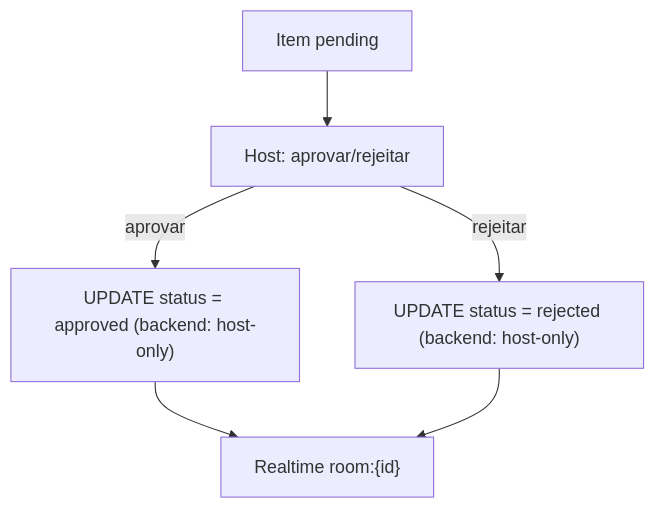
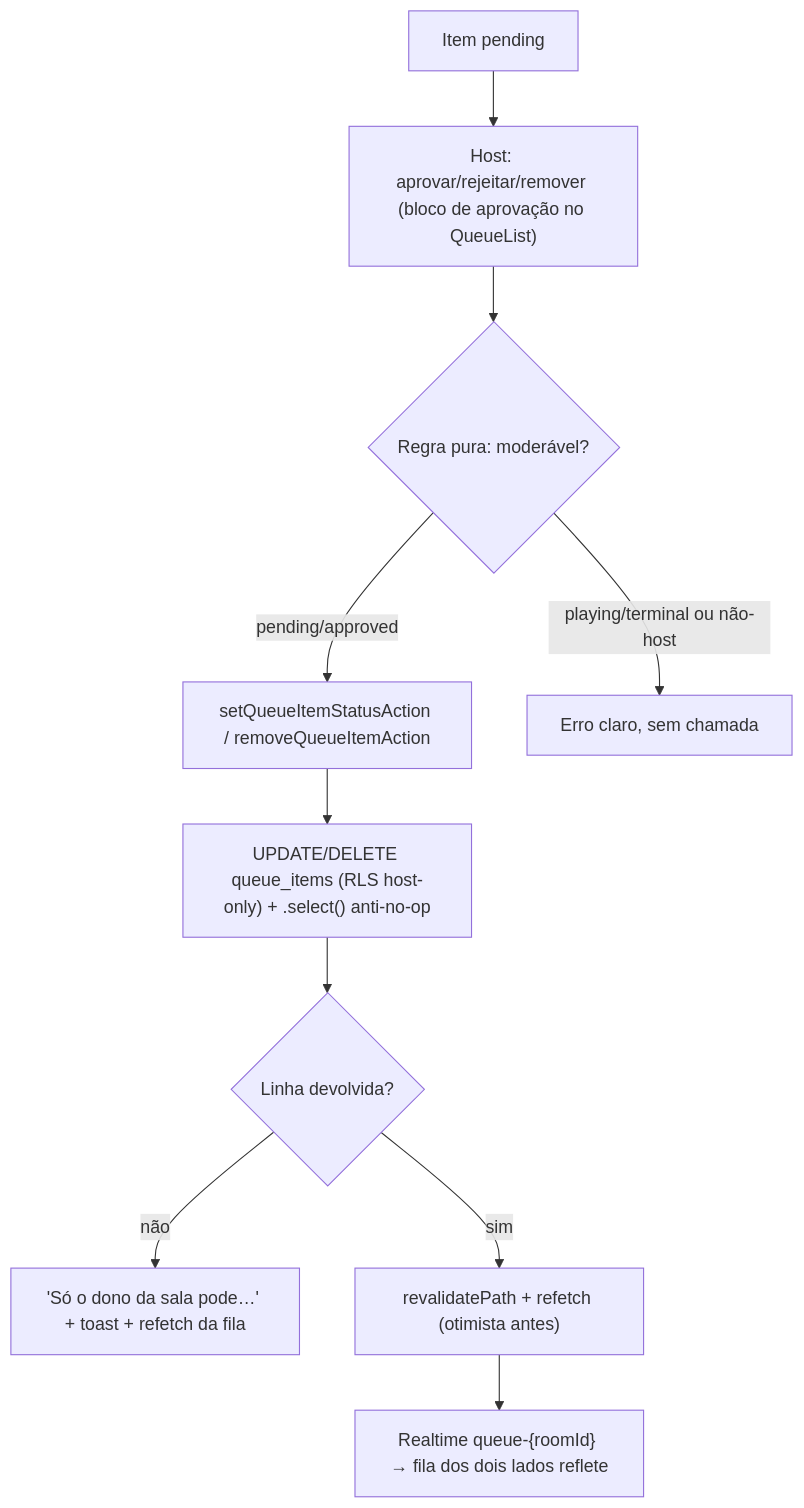
Diagram 13 of 16 in docs/flows/fluxos-do-sistema.md (cavalcanteprofissional/karaoke-flow), drawn with Mermaid before and after one commit. The commit also changed other lines of this file and 14 other files, not shown here.

````diff
--- a/docs/flows/fluxos-do-sistema.md
+++ b/docs/flows/fluxos-do-sistema.md
@@ -293,8 +297,12 @@
 ```mermaid
 flowchart TD
-    A["Item pending"] --> B["Host: aprovar/rejeitar"]
-    B -->|aprovar| C["UPDATE status = approved (backend: host-only)"]
-    B -->|rejeitar| D["UPDATE status = rejected (backend: host-only)"]
-    C --> E["Realtime room:{id}"]
-    D --> E
+    A["Item pending"] --> B["Host: aprovar/rejeitar/remover (bloco de aprovação no QueueList)"]
+    B --> C{"Regra pura: moderável?"}
+    C -->|"pending/approved"| D["setQueueItemStatusAction / removeQueueItemAction"]
+    C -->|"playing/terminal ou não-host"| C1["Erro claro, sem chamada"]
+    D --> E["UPDATE/DELETE queue_items (RLS host-only) + .select() anti-no-op"]
+    E --> F{"Linha devolvida?"}
+    F -->|não| F1["'Só o dono da sala pode…' + toast + refetch da fila"]
+    F -->|sim| G["revalidatePath + refetch (otimista antes)"]
+    G --> H["Realtime queue-{roomId} → fila dos dois lados reflete"]
 ```
````
